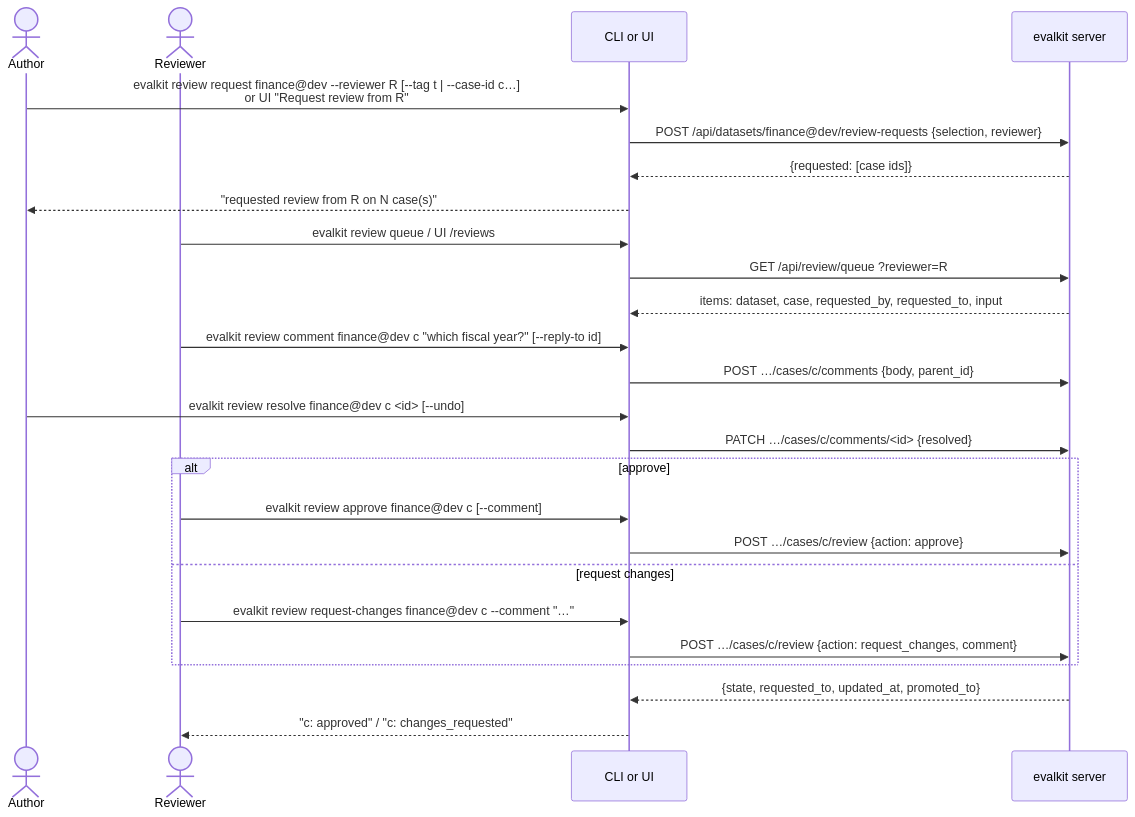
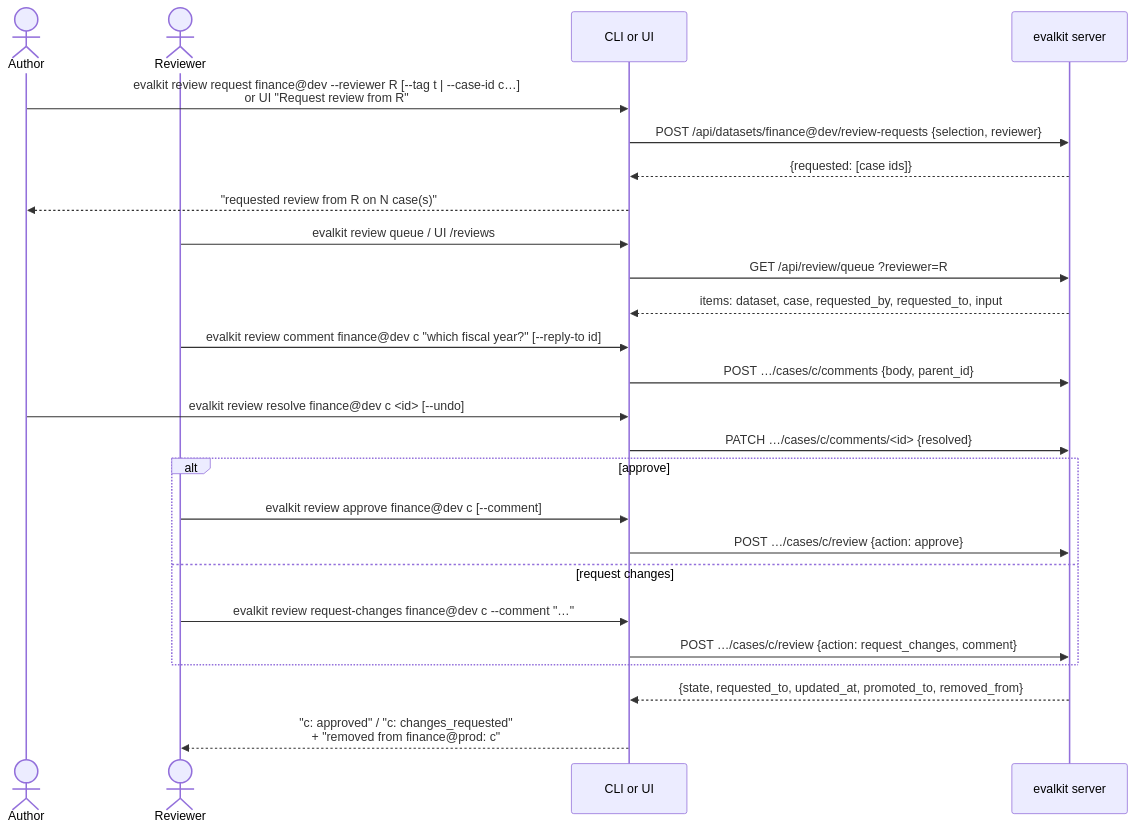
One commit to inferedge-ai/evalkit changed the first of 3 diagrams in docs/flows/05-case-review.md. Above: the diagram before and after it, drawn with Mermaid. The commit also changed other lines of this file and 26 other files, not shown here.

````diff
--- a/docs/flows/05-case-review.md
+++ b/docs/flows/05-case-review.md
@@ -25,27 +25,27 @@
 ```mermaid
 sequenceDiagram
   actor Au as Author
   actor R as Reviewer
   participant C as CLI or UI
   participant S as evalkit server
   Au->>C: evalkit review request finance@dev --reviewer R [--tag t | --case-id c…]<br/>or UI "Request review from R"
   C->>S: POST /api/datasets/finance@dev/review-requests {selection, reviewer}
   S-->>C: {requested: [case ids]}
   C-->>Au: "requested review from R on N case(s)"
   R->>C: evalkit review queue / UI /reviews
   C->>S: GET /api/review/queue ?reviewer=R
   S-->>C: items: dataset, case, requested_by, requested_to, input
   R->>C: evalkit review comment finance@dev c "which fiscal year?" [--reply-to id]
   C->>S: POST …/cases/c/comments {body, parent_id}
   Au->>C: evalkit review resolve finance@dev c #lt;id#gt; [--undo]
   C->>S: PATCH …/cases/c/comments/#lt;id#gt; {resolved}
   alt approve
     R->>C: evalkit review approve finance@dev c [--comment]
     C->>S: POST …/cases/c/review {action: approve}
   else request changes
     R->>C: evalkit review request-changes finance@dev c --comment "…"
     C->>S: POST …/cases/c/review {action: request_changes, comment}
   end
-  S-->>C: {state, requested_to, updated_at, promoted_to}
-  C-->>R: "c: approved" / "c: changes_requested"
+  S-->>C: {state, requested_to, updated_at, promoted_to, removed_from}
+  C-->>R: "c: approved" / "c: changes_requested"<br/>+ "removed from finance@prod: c"
 ```
````
